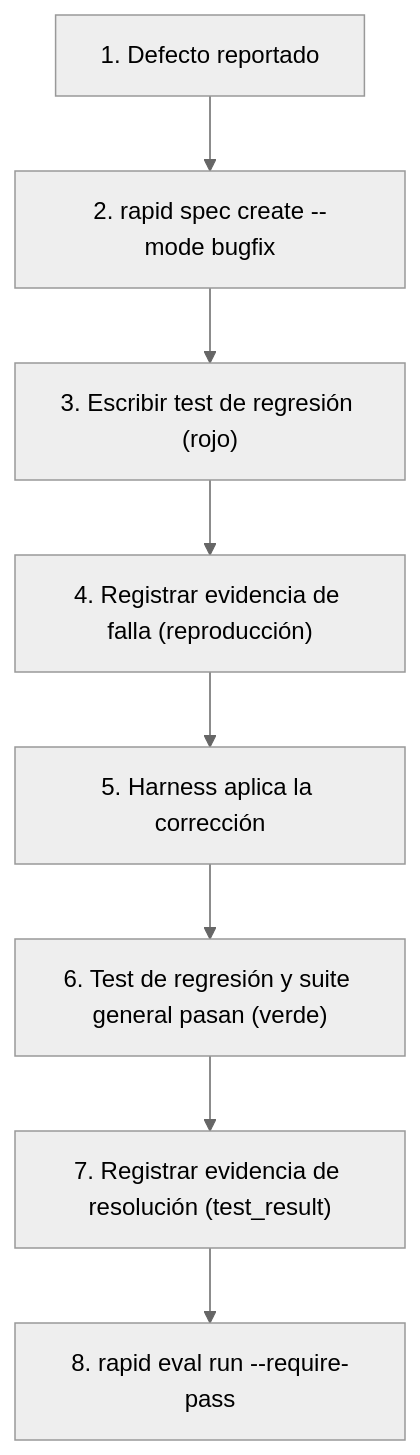
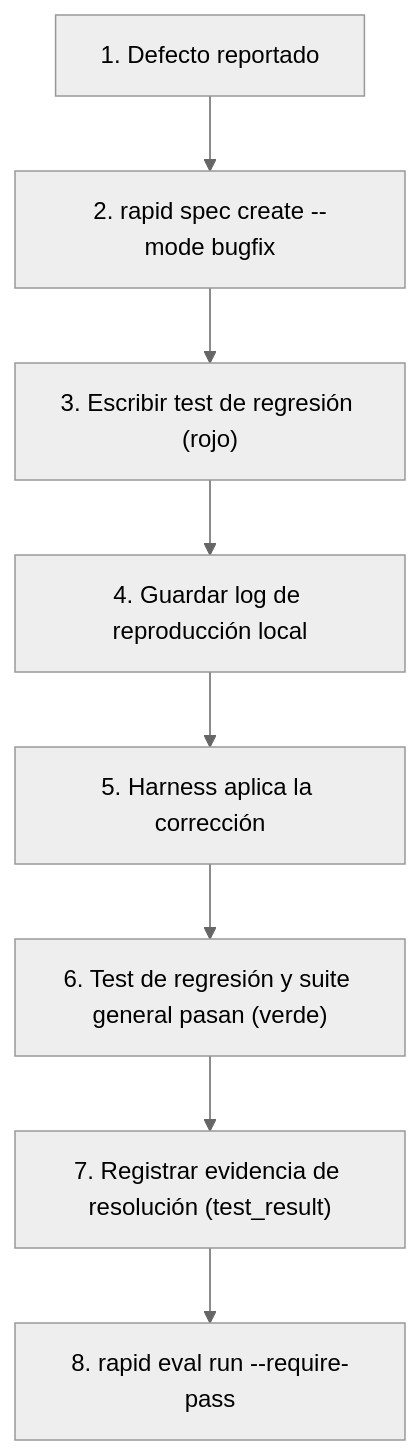
The diagram in docs/guides/modes/bugfix.md (alyconr/Rapid-OS), drawn with Mermaid (neutral theme) before and after one commit. The commit also changed 6 other files, not shown here.

````diff
--- a/docs/guides/modes/bugfix.md
+++ b/docs/guides/modes/bugfix.md
@@ -22,10 +22,10 @@
 ```mermaid
 flowchart TD
     Bug["1. Defecto reportado"] --> Spec["2. rapid spec create --mode bugfix"]
     Spec --> TestFail["3. Escribir test de regresión (rojo)"]
-    TestFail --> EvFail["4. Registrar evidencia de falla (reproducción)"]
+    TestFail --> EvFail["4. Guardar log de reproducción local"]
     EvFail --> Fix["5. Harness aplica la corrección"]
     Fix --> TestPass["6. Test de regresión y suite general pasan (verde)"]
     TestPass --> EvPass["7. Registrar evidencia de resolución (test_result)"]
     EvPass --> Eval["8. rapid eval run --require-pass"]
 ```
````
